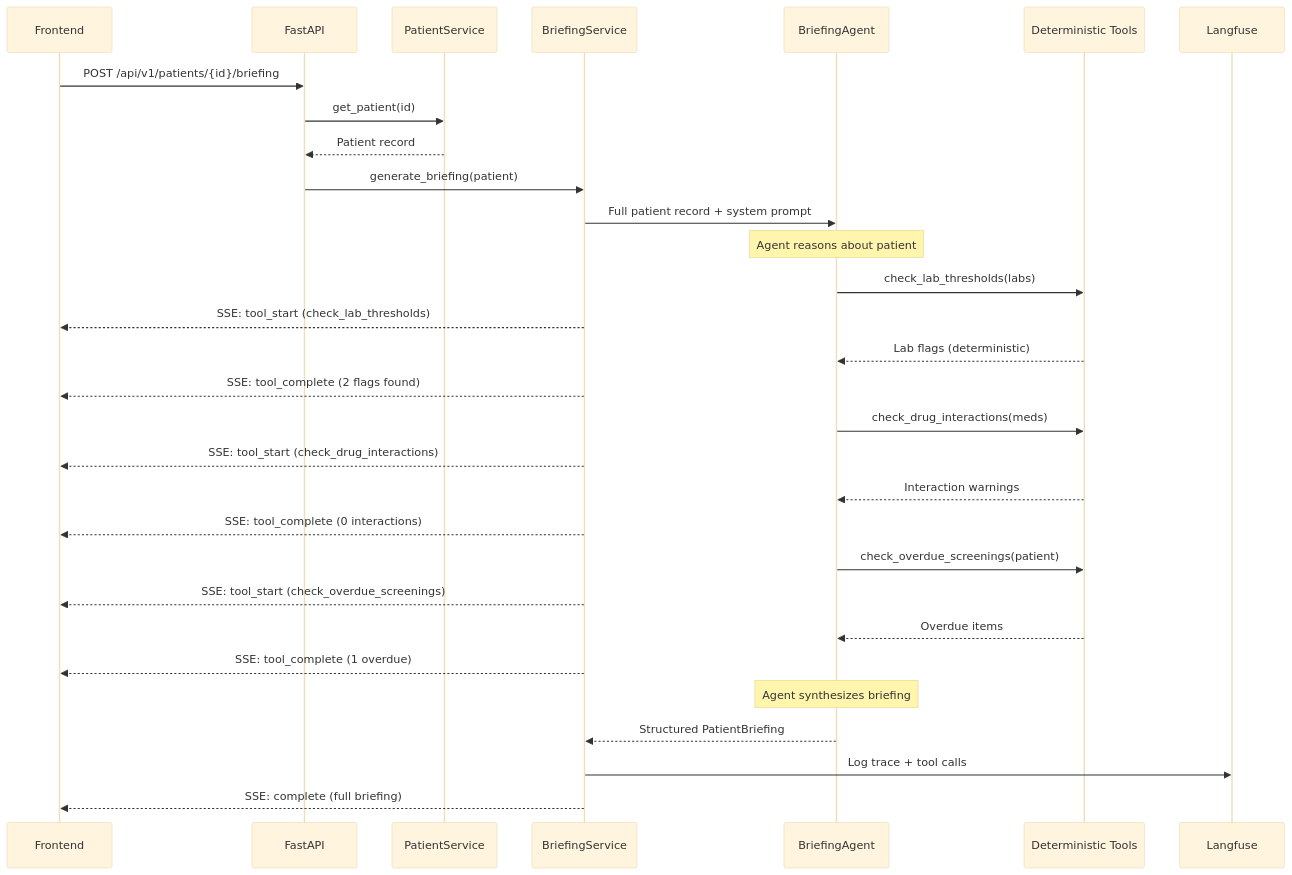
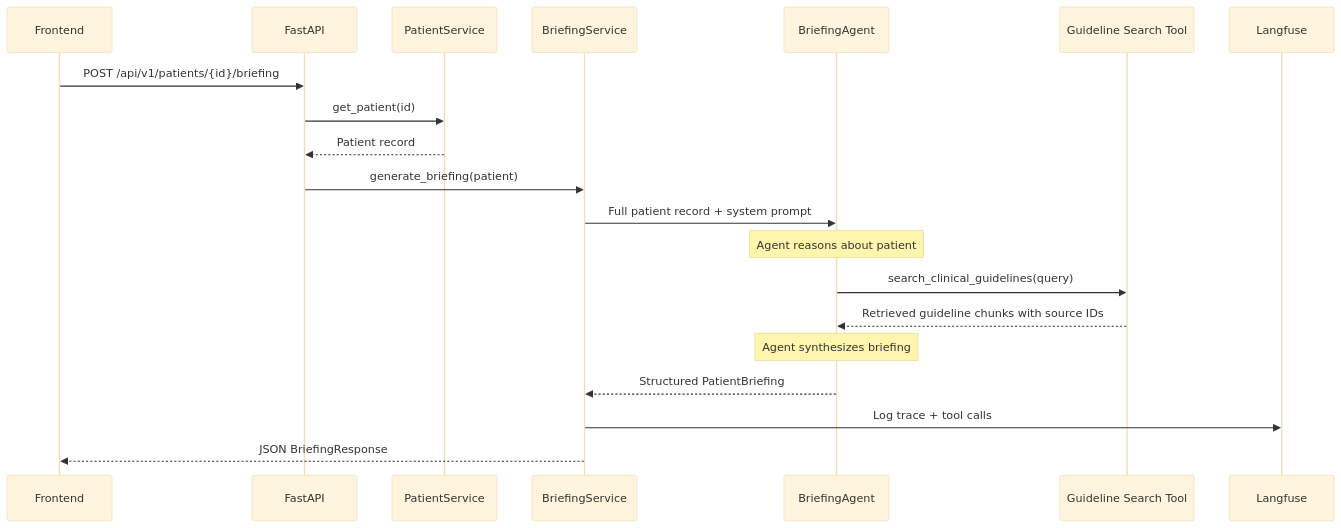
The second of 3 diagrams in docs/ARCHITECTURE.md (ramanshrivastava/build-ai-agents), drawn with Mermaid (base theme) before and after one commit. The commit also changed other lines of this file and 20 other files, not shown here.

````diff
--- a/docs/ARCHITECTURE.md
+++ b/docs/ARCHITECTURE.md
@@ -56,41 +58,29 @@
 ```mermaid
 sequenceDiagram
     participant FE as Frontend
     participant API as FastAPI
     participant PS as PatientService
     participant BS as BriefingService
     participant Agent as BriefingAgent
-    participant Tools as Deterministic Tools
+    participant Tools as Guideline Search Tool
     participant LF as Langfuse
 
     FE->>API: POST /api/v1/patients/{id}/briefing
     API->>PS: get_patient(id)
     PS-->>API: Patient record
     API->>BS: generate_briefing(patient)
 
     BS->>Agent: Full patient record + system prompt
 
     Note over Agent: Agent reasons about patient
 
-    Agent->>Tools: check_lab_thresholds(labs)
-    BS-->>FE: SSE: tool_start (check_lab_thresholds)
-    Tools-->>Agent: Lab flags (deterministic)
-    BS-->>FE: SSE: tool_complete (2 flags found)
-
-    Agent->>Tools: check_drug_interactions(meds)
-    BS-->>FE: SSE: tool_start (check_drug_interactions)
-    Tools-->>Agent: Interaction warnings
-    BS-->>FE: SSE: tool_complete (0 interactions)
-
-    Agent->>Tools: check_overdue_screenings(patient)
-    BS-->>FE: SSE: tool_start (check_overdue_screenings)
-    Tools-->>Agent: Overdue items
-    BS-->>FE: SSE: tool_complete (1 overdue)
+    Agent->>Tools: search_clinical_guidelines(query)
+    Tools-->>Agent: Retrieved guideline chunks with source IDs
 
     Note over Agent: Agent synthesizes briefing
 
     Agent-->>BS: Structured PatientBriefing
 
     BS->>LF: Log trace + tool calls
-    BS-->>FE: SSE: complete (full briefing)
+    BS-->>FE: JSON BriefingResponse
 ```
````
